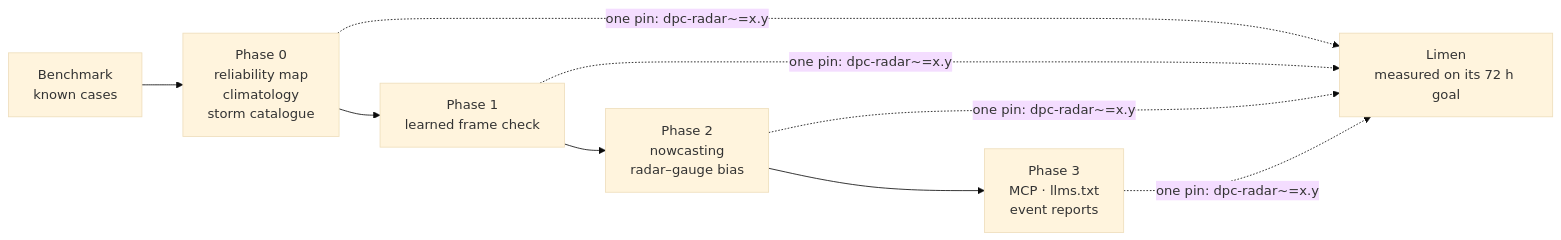
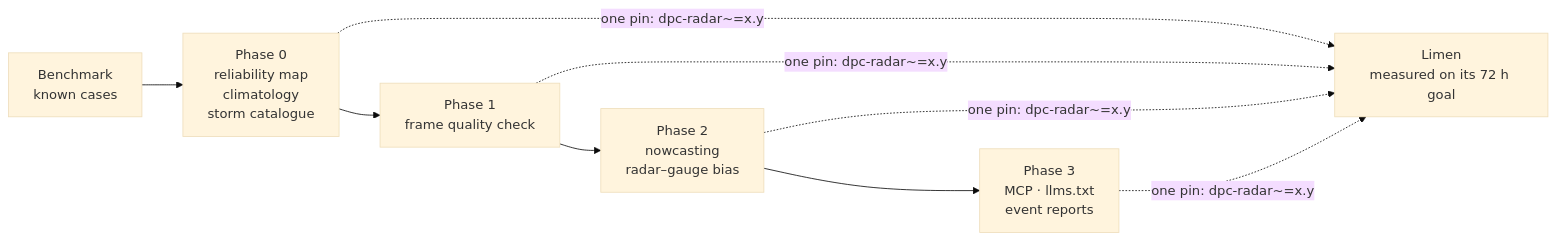
One commit to agent-engineering-studio/dpc-radar changed the diagram in docs/roadmap.md. Above: the diagram before and after it, drawn with Mermaid (base theme). The commit also changed other lines of this file and 23 other files, not shown here.

First line of the commit message:
feat: frame quality check, with the reason for every masked pixel (#6)

````diff
--- a/docs/roadmap.md
+++ b/docs/roadmap.md
@@ -42,8 +42,8 @@
 ```mermaid
 flowchart LR
     B["Benchmark<br/>known cases"] --> P0["Phase 0<br/>reliability map<br/>climatology<br/>storm catalogue"]
-    P0 --> P1["Phase 1<br/>learned frame check"]
+    P0 --> P1["Phase 1<br/>frame quality check"]
     P1 --> P2["Phase 2<br/>nowcasting<br/>radar–gauge bias"]
     P2 --> P3["Phase 3<br/>MCP · llms.txt<br/>event reports"]
     P0 & P1 & P2 & P3 -.->|"one pin: dpc-radar~=x.y"| L["Limen<br/>measured on its 72 h goal"]
 ```
````
